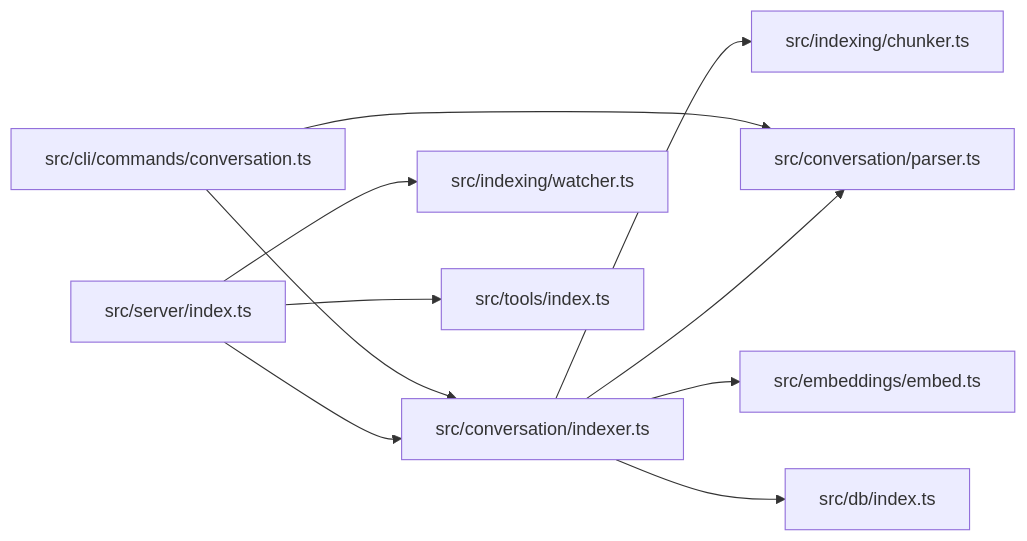
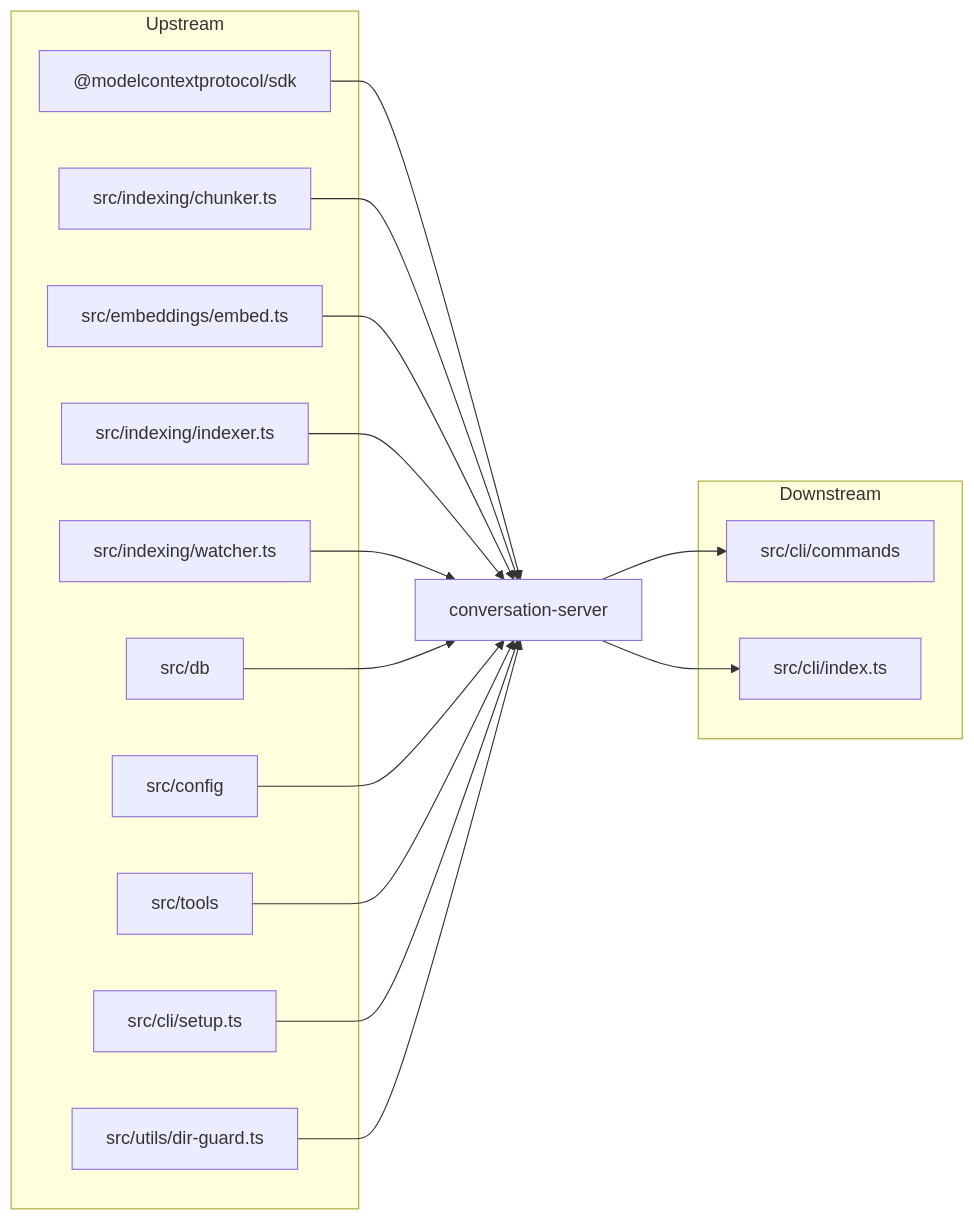
Before and after one commit to TheWinci/mimirs: the second of 2 diagrams in wiki/communities/conversation-server.md, drawn with Mermaid. The commit also changed other lines of this file and 36 other files, not shown here.

````diff
--- a/wiki/communities/conversation-server.md
+++ b/wiki/communities/conversation-server.md
@@ -67,22 +57,32 @@
 ```mermaid
 flowchart LR
-    parser["src/conversation/parser.ts"]
-    conv["src/conversation/indexer.ts"]
-    server["src/server/index.ts"]
-    chunker["src/indexing/chunker.ts"]
-    embed["src/embeddings/embed.ts"]
-    db["src/db/index.ts"]
-    watcher["src/indexing/watcher.ts"]
-    tools["src/tools/index.ts"]
-    cli["src/cli/commands/conversation.ts"]
-
-    conv --> parser
-    conv --> chunker
-    conv --> embed
-    conv --> db
-    server --> conv
-    server --> watcher
-    server --> tools
-    cli --> conv
-    cli --> parser
+    subgraph upstream["Upstream"]
+      mcpSdk["@modelcontextprotocol/sdk"]
+      chunkerMod["src/indexing/chunker.ts"]
+      embedMod["src/embeddings/embed.ts"]
+      indexerMod["src/indexing/indexer.ts"]
+      watcherMod["src/indexing/watcher.ts"]
+      ragDB["src/db"]
+      cfg["src/config"]
+      toolsMod["src/tools"]
+      setupMod["src/cli/setup.ts"]
+      guardMod["src/utils/dir-guard.ts"]
+    end
+    convCore["conversation-server"]
+    subgraph downstream["Downstream"]
+      cliCmds["src/cli/commands"]
+      cliEntry["src/cli/index.ts"]
+    end
+    mcpSdk --> convCore
+    chunkerMod --> convCore
+    embedMod --> convCore
+    indexerMod --> convCore
+    watcherMod --> convCore
+    ragDB --> convCore
+    cfg --> convCore
+    toolsMod --> convCore
+    setupMod --> convCore
+    guardMod --> convCore
+    convCore --> cliCmds
+    convCore --> cliEntry
 ```
````
